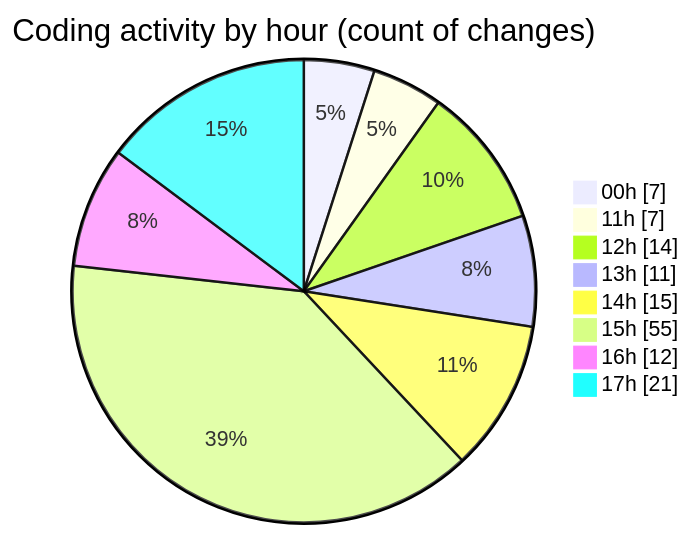
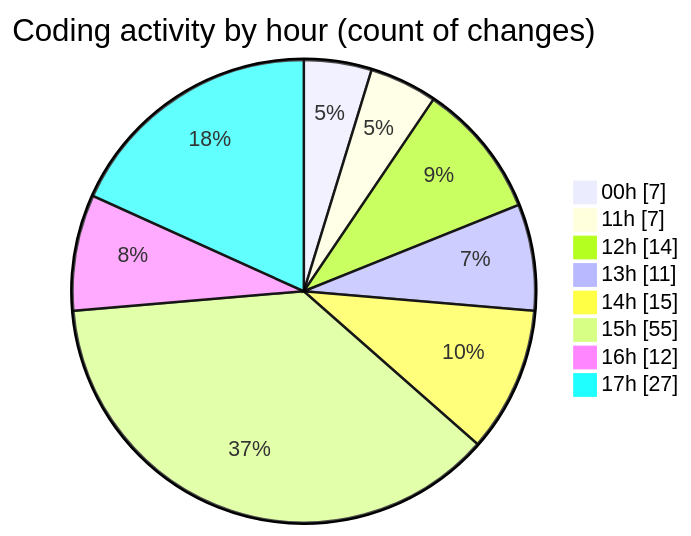
The second of 2 diagrams in 2025-10-08/eventscop-frontend-guide__workspace_/README.md (julien-gomy/code-tracking), drawn with Mermaid before and after one commit. The commit also changed other lines of this file and 1 other file, not shown here.

````diff
--- a/2025-10-08/eventscop-frontend-guide__workspace_/README.md
+++ b/2025-10-08/eventscop-frontend-guide__workspace_/README.md
@@ -55,12 +55,12 @@
 ```mermaid
 pie showData
 title Coding activity by hour (count of changes)
 "00h" : 7
 "11h" : 7
 "12h" : 14
 "13h" : 11
 "14h" : 15
 "15h" : 55
 "16h" : 12
-"17h" : 21
+"17h" : 27
 ```
````
